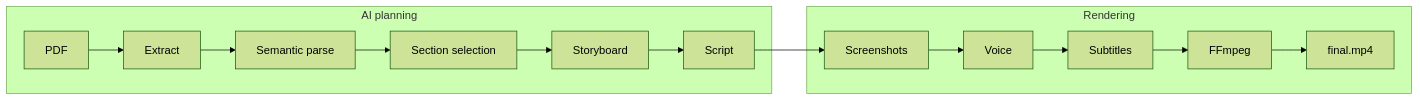
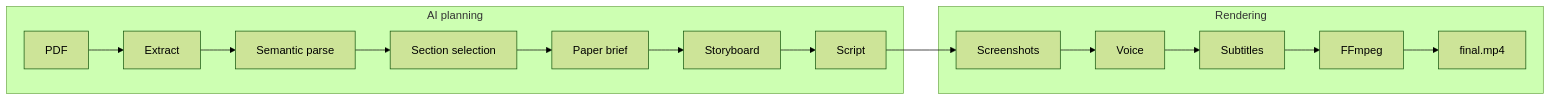
The diagram in README.md (AnimeshPandey123/content-gen), drawn with Mermaid (forest theme) before and after one commit. The commit also changed other lines of this file and 19 other files, not shown here.

First line of the commit message:
feat: add paper brief stage and ground script in source text

````diff
--- a/README.md
+++ b/README.md
@@ -11,18 +11,19 @@
 ```mermaid
 flowchart LR
   subgraph planning [AI planning]
     PDF[PDF] --> Extract
     Extract --> Parse[Semantic parse]
     Parse --> Sections[Section selection]
-    Sections --> Storyboard
+    Sections --> Brief[Paper brief]
+    Brief --> Storyboard
     Storyboard --> Script
   end
 
   subgraph rendering [Rendering]
     Script --> Screenshots
     Screenshots --> Voice
     Voice --> Subtitles
     Subtitles --> FFmpeg
     FFmpeg --> MP4[final.mp4]
   end
 ```
````
